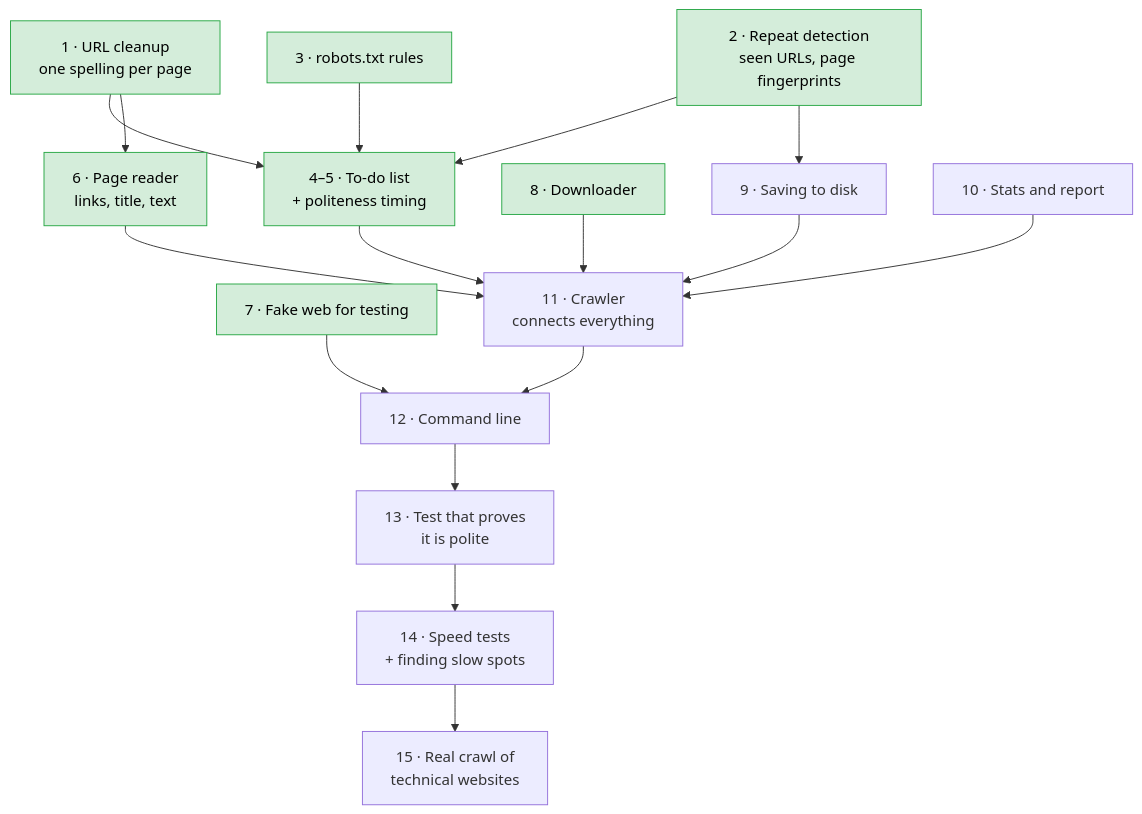
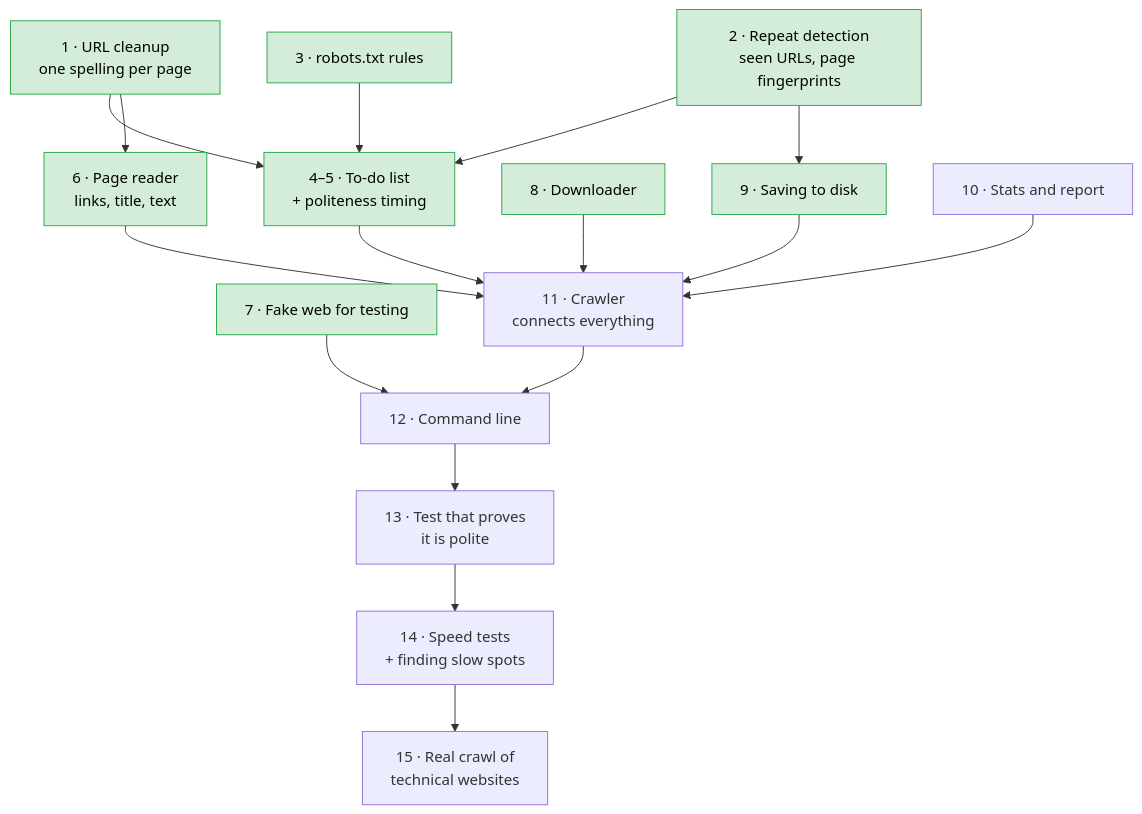
The fourth of 4 diagrams in README.md (Armaan-king/McCrawl), drawn with Mermaid before and after one commit. The commit also changed other lines of this file and 8 other files, not shown here.

````diff
--- a/README.md
+++ b/README.md
@@ -118,33 +118,33 @@
 ```mermaid
 flowchart TD
     urlnorm["1 · URL cleanup<br/>one spelling per page"]:::done
     dedup["2 · Repeat detection<br/>seen URLs, page fingerprints"]:::done
     robots["3 · robots.txt rules"]:::done
     frontier["4–5 · To-do list<br/>+ politeness timing"]:::done
     parse["6 · Page reader<br/>links, title, text"]:::done
     mockweb["7 · Fake web for testing"]:::done
     fetch["8 · Downloader"]:::done
-    store["9 · Saving to disk"]
+    store["9 · Saving to disk"]:::done
     metrics["10 · Stats and report"]
     crawler["11 · Crawler<br/>connects everything"]
     cli["12 · Command line"]
     proof["13 · Test that proves<br/>it is polite"]
     bench["14 · Speed tests<br/>+ finding slow spots"]
     real["15 · Real crawl of<br/>technical websites"]
 
     urlnorm --> frontier
     dedup --> frontier
     robots --> frontier
     urlnorm --> parse
     dedup --> store
     frontier --> crawler
     parse --> crawler
     fetch --> crawler
     store --> crawler
     metrics --> crawler
     crawler --> cli
     mockweb --> cli
     cli --> proof --> bench --> real
 
     classDef done fill:#d4edda,stroke:#28a745,color:#000
 ```
````
